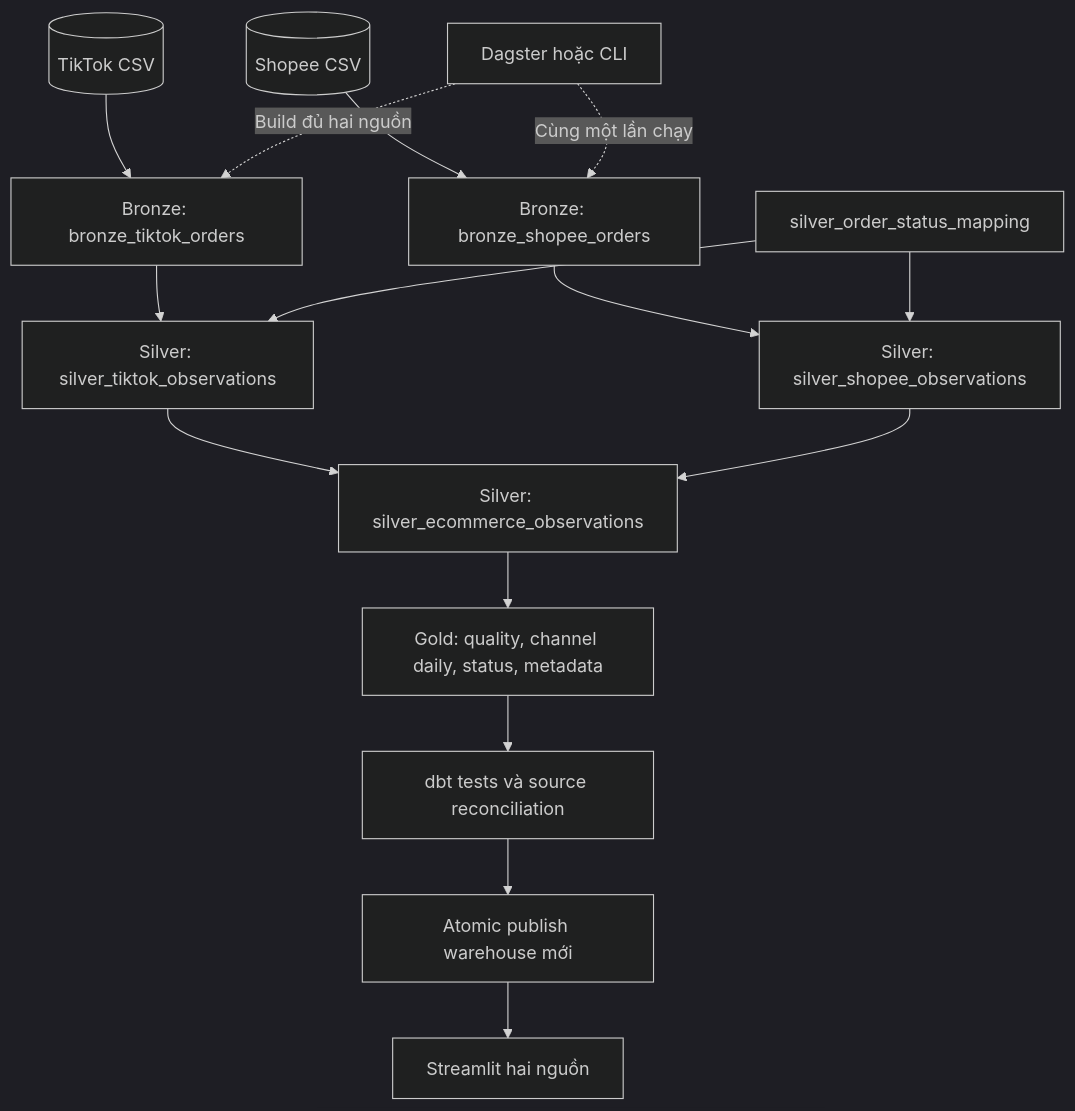
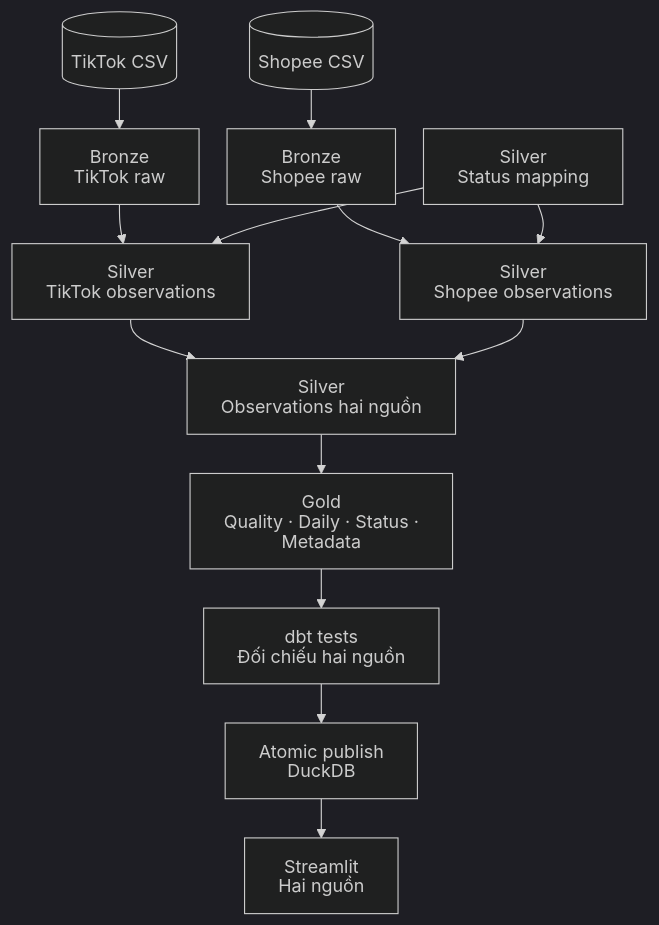
One commit to PhucTruong11/TikTok_orders_pipeline changed the diagram in docs/UPGRADE_PLAN.md. Above: the diagram before and after it, drawn with Mermaid (dark theme). The commit also changed other lines of this file and 2 other files, not shown here.

Commit message:
docs: fix clipped Mermaid labels and simplify pipeline diagrams

````diff
--- a/docs/UPGRADE_PLAN.md
+++ b/docs/UPGRADE_PLAN.md
@@ -16,17 +16,23 @@
 ```mermaid
+---
+config:
+  htmlLabels: false
+  flowchart:
+    htmlLabels: false
+    nodeSpacing: 25
+    rankSpacing: 35
+---
 flowchart TB
-    T[("TikTok CSV")] --> BT["Bronze: bronze_tiktok_orders"]
-    S[("Shopee CSV")] --> BS["Bronze: bronze_shopee_orders"]
-    BT --> ST["Silver: silver_tiktok_observations"]
-    BS --> SS["Silver: silver_shopee_observations"]
-    REF["silver_order_status_mapping"] --> ST
+    T[("TikTok CSV")] --> BT["Bronze<br/>TikTok raw"]
+    S[("Shopee CSV")] --> BS["Bronze<br/>Shopee raw"]
+    BT --> ST["Silver<br/>TikTok observations"]
+    BS --> SS["Silver<br/>Shopee observations"]
+    REF["Silver<br/>Status mapping"] --> ST
     REF --> SS
-    ST --> U["Silver: silver_ecommerce_observations"]
+    ST --> U["Silver<br/>Observations hai nguồn"]
     SS --> U
-    U --> G["Gold: quality, channel daily, status, metadata"]
-    G --> V["dbt tests và source reconciliation"]
-    V --> P["Atomic publish warehouse mới"]
-    P --> UI["Streamlit hai nguồn"]
-    DG["Dagster hoặc CLI"] -.->|"Build đủ hai nguồn"| BT
-    DG -.->|"Cùng một lần chạy"| BS
+    U --> G["Gold<br/>Quality · Daily · Status · Metadata"]
+    G --> V["dbt tests<br/>Đối chiếu hai nguồn"]
+    V --> P["Atomic publish<br/>DuckDB"]
+    P --> UI["Streamlit<br/>Hai nguồn"]
 ```
````
